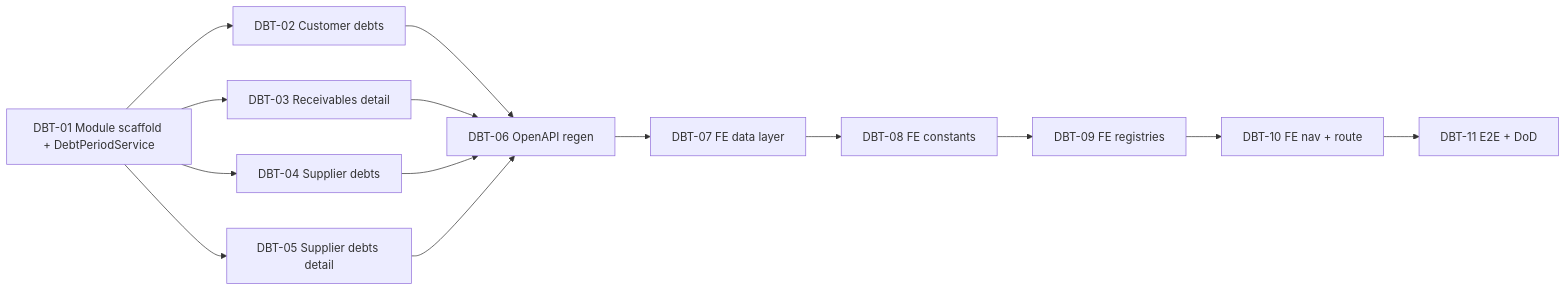
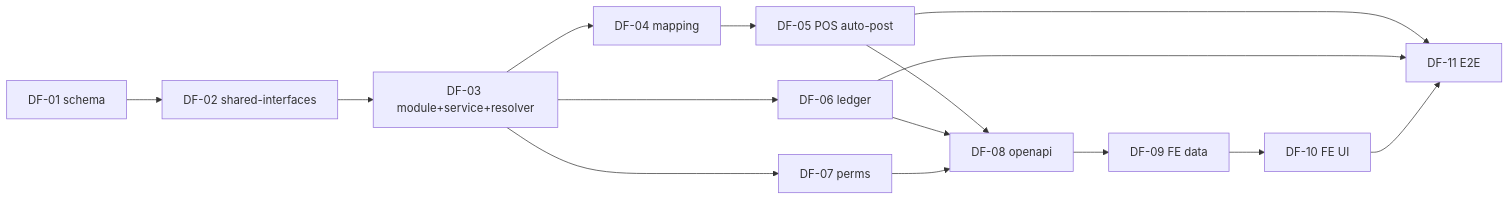
One commit to JackTran15/jack-erp changed diagram 55 of 58 in tickets/README.md. Above: the diagram before and after it, drawn with Mermaid. The commit also changed other lines of this file and 221 other files, not shown here.

First line of the commit message:
feat(tickets): add multiple tickets for OpenAPI regeneration, frontend enhancements, and E2E testing

````diff
--- a/tickets/README.md
+++ b/tickets/README.md
@@ -1535,16 +1594,17 @@
 ```mermaid
 flowchart LR
-  T1["DBT-01 Module scaffold + DebtPeriodService"] --> T2["DBT-02 Customer debts"]
-  T1 --> T3["DBT-03 Receivables detail"]
-  T1 --> T4["DBT-04 Supplier debts"]
-  T1 --> T5["DBT-05 Supplier debts detail"]
-  T2 --> T6["DBT-06 OpenAPI regen"]
-  T3 --> T6
-  T4 --> T6
-  T5 --> T6
-  T6 --> T7["DBT-07 FE data layer"]
-  T7 --> T8["DBT-08 FE constants"]
-  T8 --> T9["DBT-09 FE registries"]
-  T9 --> T10["DBT-10 FE nav + route"]
-  T10 --> T11["DBT-11 E2E + DoD"]
+  DF01["DF-01 schema"] --> DF02["DF-02 shared-interfaces"]
+  DF02 --> DF03["DF-03 module+service+resolver"]
+  DF03 --> DF04["DF-04 mapping"]
+  DF04 --> DF05["DF-05 POS auto-post"]
+  DF03 --> DF06["DF-06 ledger"]
+  DF03 --> DF07["DF-07 perms"]
+  DF05 --> DF08["DF-08 openapi"]
+  DF06 --> DF08
+  DF07 --> DF08
+  DF08 --> DF09["DF-09 FE data"]
+  DF09 --> DF10["DF-10 FE UI"]
+  DF05 --> DF11["DF-11 E2E"]
+  DF06 --> DF11
+  DF10 --> DF11
 ```
````
